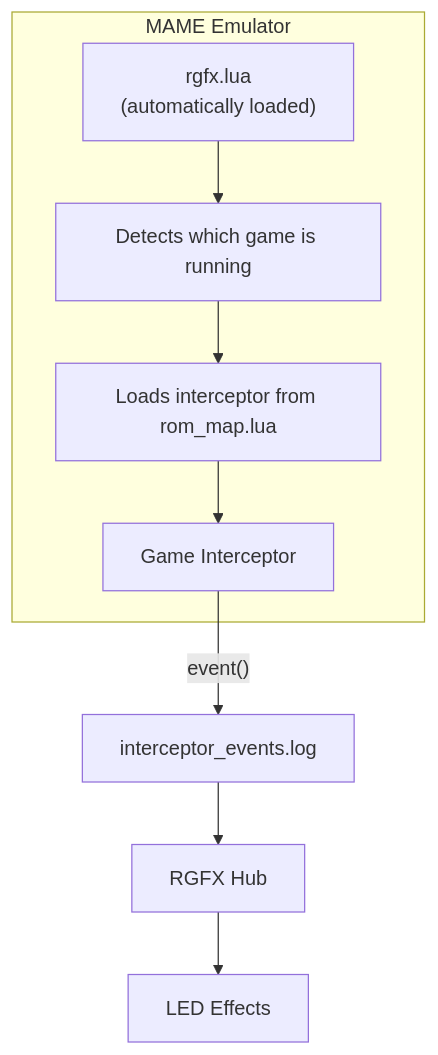
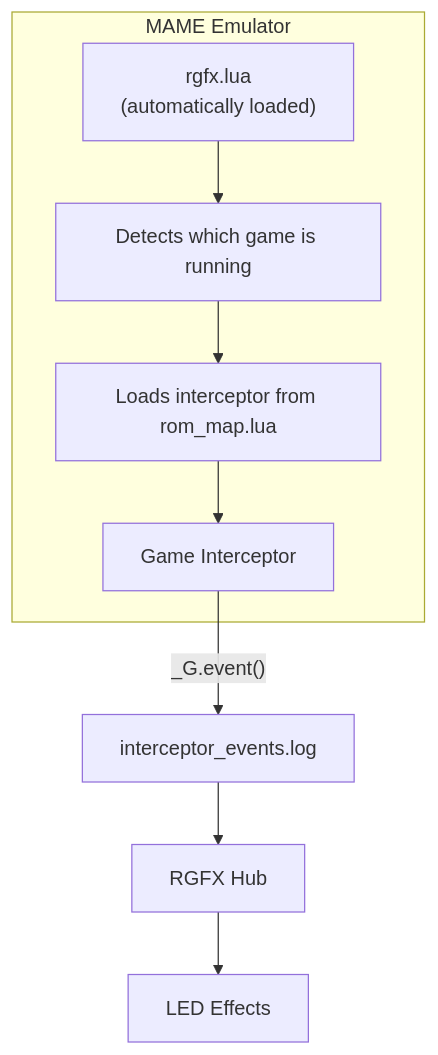
The diagram in public-docs/docs/interceptors/index.md (mfurniss/rgfx), drawn with Mermaid before and after one commit. The commit also changed 113 other files, not shown here.

````diff
--- a/public-docs/docs/interceptors/index.md
+++ b/public-docs/docs/interceptors/index.md
@@ -20,15 +20,15 @@
 ```mermaid
 flowchart TB
     subgraph MAME["MAME Emulator"]
         rgfx["rgfx.lua<br/>(automatically loaded)"]
         detect["Detects which game is running"]
         load["Loads interceptor from rom_map.lua"]
         intercept["Game Interceptor"]
 
         rgfx --> detect --> load --> intercept
     end
 
-    intercept --> |"event()"| logfile["interceptor_events.log"]
+    intercept --> |"_G.event()"| logfile["interceptor_events.log"]
     logfile --> hub["RGFX Hub"]
     hub --> led["LED Effects"]
 ```
````
